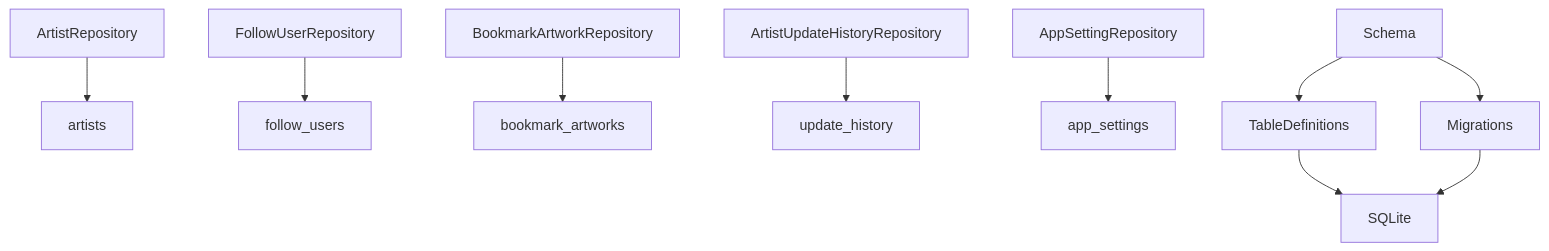
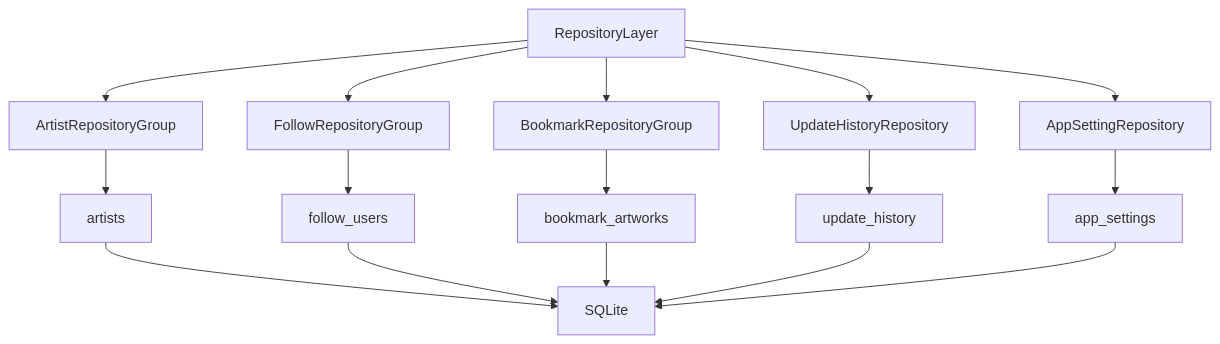
Before and after one commit to PKT0623/PixivLocalManager: diagram 18 of 23 in docs/07_ARCHITECTURE.md, drawn with Mermaid. The commit also changed other lines of this file and 4 other files, not shown here.

Commit message:
docs: reorganize architecture and service documentation

````diff
--- a/docs/07_ARCHITECTURE.md
+++ b/docs/07_ARCHITECTURE.md
@@ -967,23 +771,25 @@
 ```mermaid
 flowchart TD
 
-ArtistRepository
-FollowUserRepository
-BookmarkArtworkRepository
+RepositoryLayer
 
-ArtistUpdateHistoryRepository
+RepositoryLayer --> ArtistRepositoryGroup
+RepositoryLayer --> FollowRepositoryGroup
+RepositoryLayer --> BookmarkRepositoryGroup
 
-ArtistRepository --> artists
-FollowUserRepository --> follow_users
-BookmarkArtworkRepository --> bookmark_artworks
+RepositoryLayer --> UpdateHistoryRepository
+RepositoryLayer --> AppSettingRepository
 
-ArtistUpdateHistoryRepository --> update_history
+ArtistRepositoryGroup --> artists
+FollowRepositoryGroup --> follow_users
+BookmarkRepositoryGroup --> bookmark_artworks
 
+UpdateHistoryRepository --> update_history
 AppSettingRepository --> app_settings
 
-Schema --> TableDefinitions
-Schema --> Migrations
-
-TableDefinitions --> SQLite
-Migrations --> SQLite
+artists --> SQLite
+follow_users --> SQLite
+bookmark_artworks --> SQLite
+update_history --> SQLite
+app_settings --> SQLite
 ```
````
